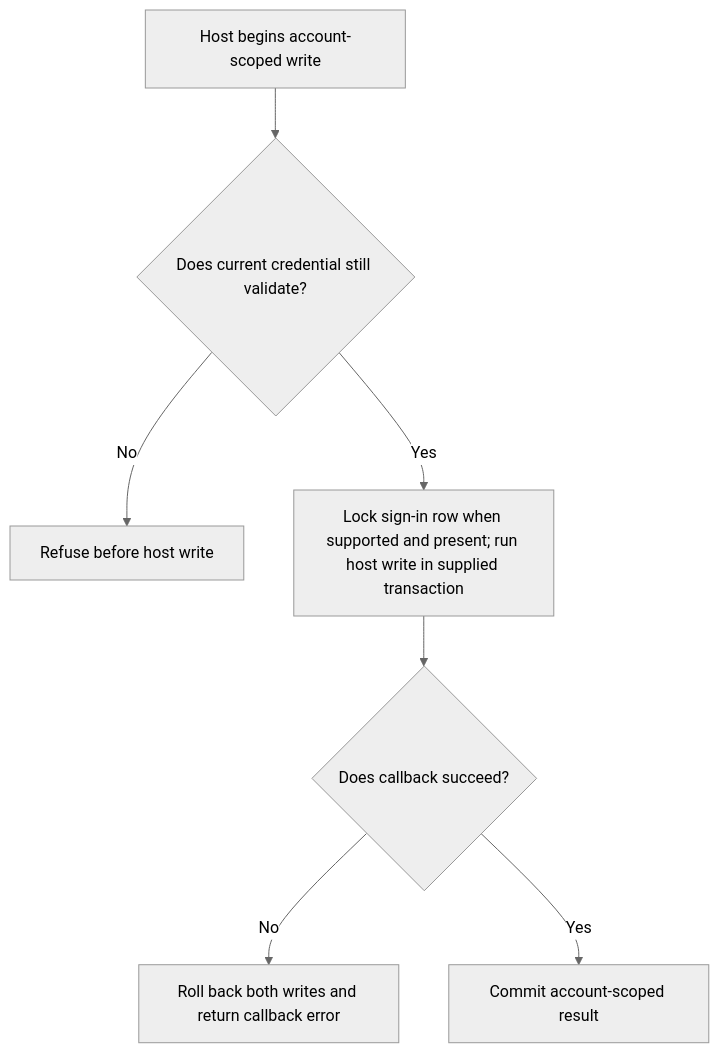
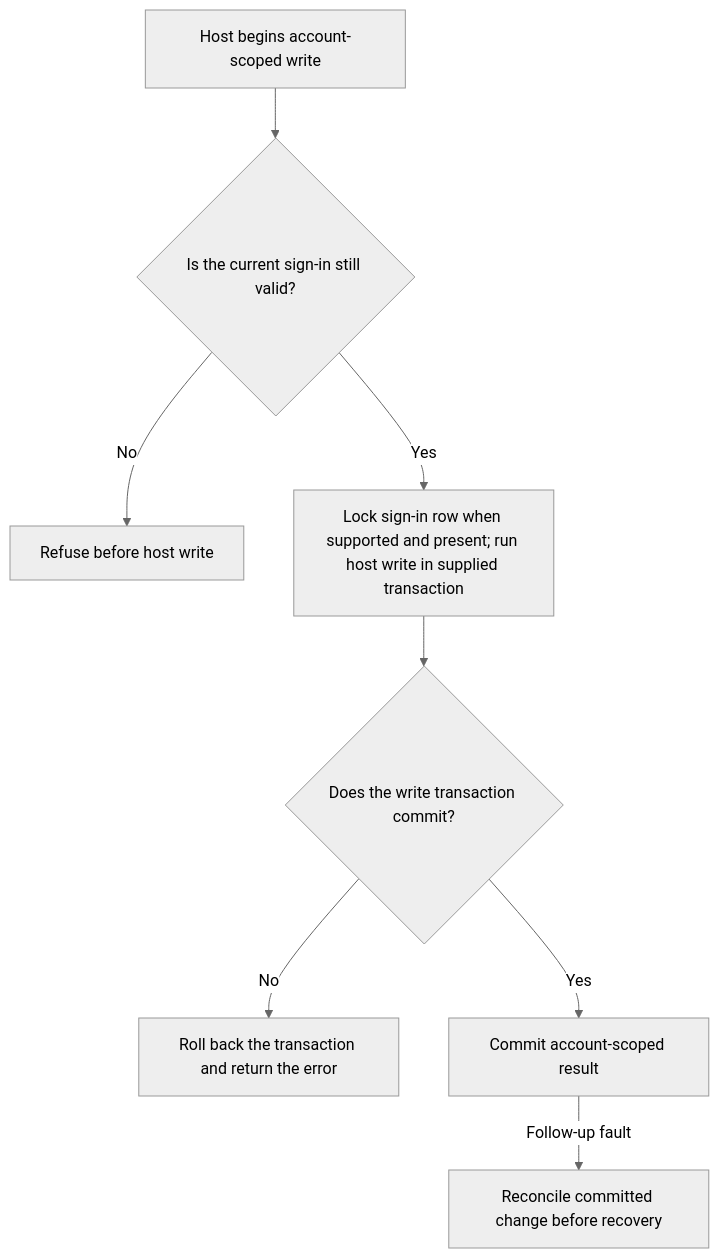
One commit to Kevinjohn/oss-adonisjs-account-kit changed the first of 2 diagrams in user-stories/US-ACCOUNT-41-guard-host-write-with-current.md. Above: the diagram before and after it, drawn with Mermaid (neutral theme). The commit also changed other lines of this file and 70 other files, not shown here.

````diff
--- a/user-stories/US-ACCOUNT-41-guard-host-write-with-current.md
+++ b/user-stories/US-ACCOUNT-41-guard-host-write-with-current.md
@@ -21,9 +21,10 @@
 ```mermaid
 flowchart TD
- A["Host begins account-scoped write"] --> B{"Does current credential still validate?"}
+ A["Host begins account-scoped write"] --> B{"Is the current sign-in still valid?"}
  B -->|No| C["Refuse before host write"]
  B -->|Yes| D["Lock sign-in row when supported and present; run host write in supplied transaction"]
- D --> E{"Does callback succeed?"}
- E -->|No| F["Roll back both writes and return callback error"]
+ D --> E{"Does the write transaction commit?"}
+ E -->|No| F["Roll back the transaction and return the error"]
  E -->|Yes| G["Commit account-scoped result"]
+ G -->|Follow-up fault| Y["Reconcile committed change before recovery"]
 ```
````
